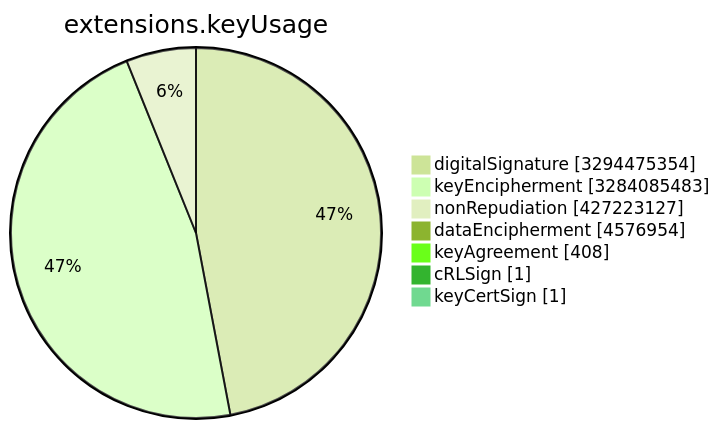
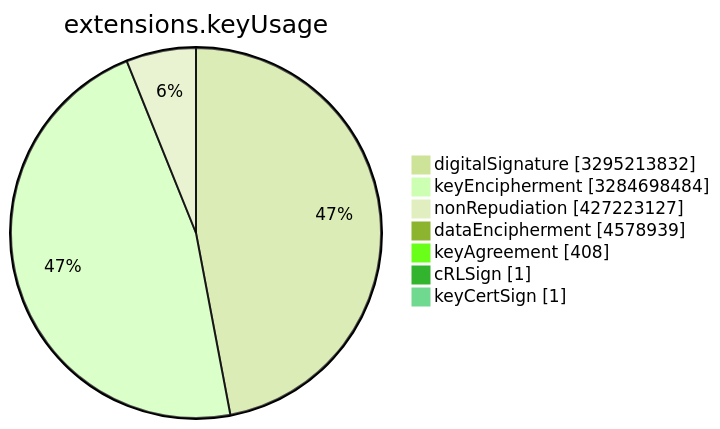
The sixth of 15 diagrams in TOTAL/README.md (christiankrug/ctmonitor_visualization), drawn with Mermaid (forest theme) before and after one commit. The commit also changed other lines of this file, not shown here.

````diff
--- a/TOTAL/README.md
+++ b/TOTAL/README.md
@@ -3078,11 +3078,11 @@
 ```mermaid
 pie showData
 title extensions.keyUsage
-"digitalSignature" :3294475354
-"keyEncipherment" :3284085483
+"digitalSignature" :3295213832
+"keyEncipherment" :3284698484
 "nonRepudiation" :427223127
-"dataEncipherment" :4576954
+"dataEncipherment" :4578939
 "keyAgreement" :408
 "cRLSign" :1
 "keyCertSign" :1
 ```
````
